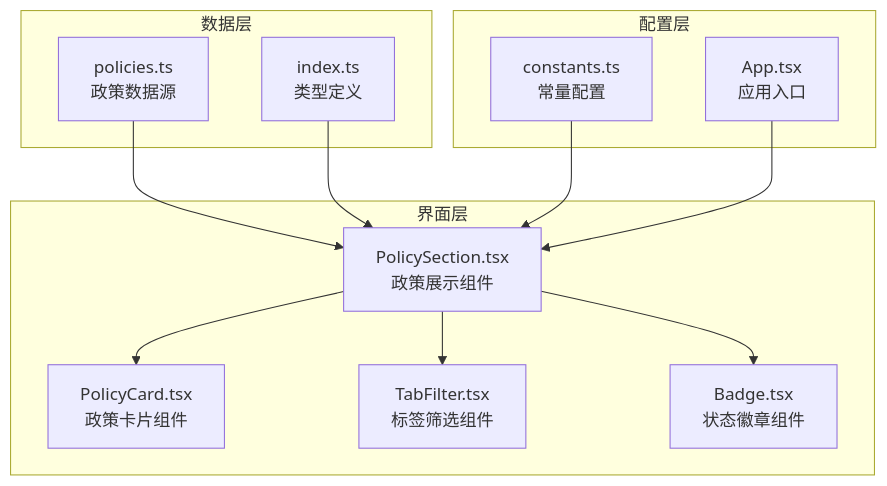
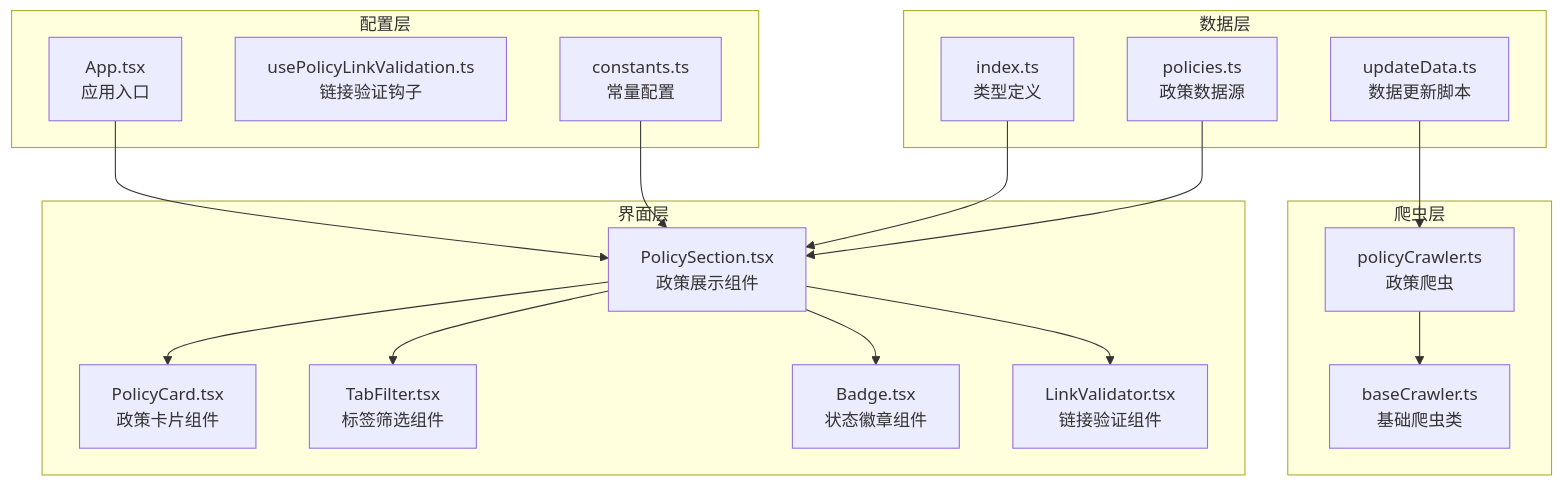
One commit to liangxuanliang-cmd/carbon-info-agent changed the first of 8 diagrams in .qoder/repowiki/zh/content/数据管理/政策数据管理/政策数据管理.md. Above: the diagram before and after it, drawn with Mermaid. The commit also changed other lines of this file and 7 other files, not shown here.

````diff
--- a/.qoder/repowiki/zh/content/数据管理/政策数据管理/政策数据管理.md
+++ b/.qoder/repowiki/zh/content/数据管理/政策数据管理/政策数据管理.md
@@ -37,24 +52,34 @@
 ```mermaid
 graph TB
 subgraph "数据层"
 Policies[policies.ts<br/>政策数据源]
 Types[index.ts<br/>类型定义]
+UpdateData[updateData.ts<br/>数据更新脚本]
+end
+subgraph "爬虫层"
+PolicyCrawler[policyCrawler.ts<br/>政策爬虫]
+BaseCrawler[baseCrawler.ts<br/>基础爬虫类]
 end
 subgraph "界面层"
 PolicySection[PolicySection.tsx<br/>政策展示组件]
 PolicyCard[PolicyCard.tsx<br/>政策卡片组件]
 TabFilter[TabFilter.tsx<br/>标签筛选组件]
 Badge[Badge.tsx<br/>状态徽章组件]
+LinkValidator[LinkValidator.tsx<br/>链接验证组件]
 end
 subgraph "配置层"
 Constants[constants.ts<br/>常量配置]
+Hooks[usePolicyLinkValidation.ts<br/>链接验证钩子]
 App[App.tsx<br/>应用入口]
 end
 Policies --> PolicySection
 Types --> PolicySection
 PolicySection --> PolicyCard
 PolicySection --> TabFilter
 PolicySection --> Badge
+PolicySection --> LinkValidator
 Constants --> PolicySection
+UpdateData --> PolicyCrawler
+PolicyCrawler --> BaseCrawler
 App --> PolicySection
 ```
````
